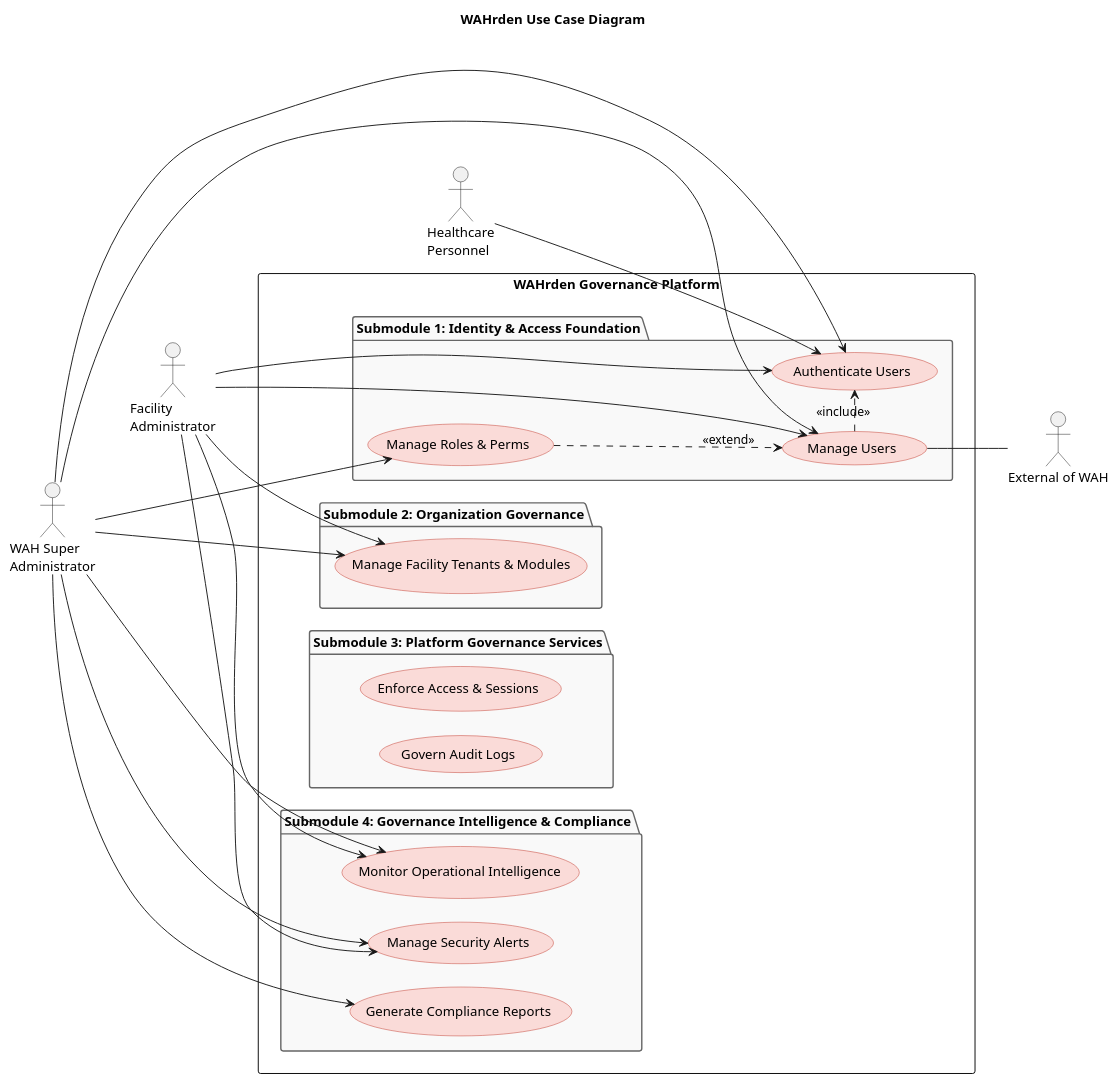
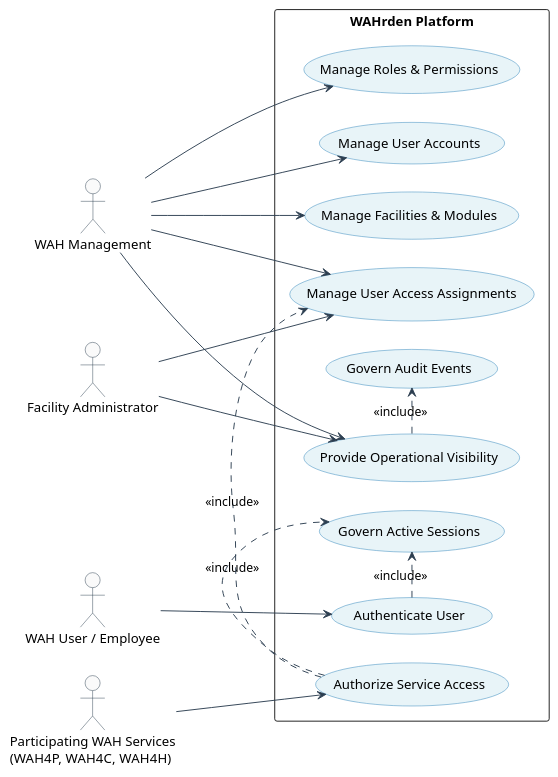
Before and after one commit to APC-SoCIT/APC-2026-2027-T1-SF241-G05-WAH4Security: the diagram in WAH4Security_UCD.puml, drawn with PlantUML. The commit also changed other lines of this file, not shown here.

Commit message:
Refactor use case diagram with updated styling

```diff
--- a/WAH4Security_UCD.puml
+++ b/WAH4Security_UCD.puml
@@ -1,101 +2,71 @@
 @startuml
 left to right direction
-
+skinparam packageStyle rectangle
 skinparam shadowing false
-skinparam ranksep 35
-skinparam nodesep 25
+skinparam ranksep 60
+skinparam nodesep 30
 
 skinparam usecase {
-    BackgroundColor #FADBD8
-    BorderColor #C0392B
-    FontColor Black
+    BackgroundColor #E8F4F8
+    BorderColor #2980B9
+    ArrowColor #2C3E50
 }
 
-skinparam package {
-    BackgroundColor #F9F9F9
-    BorderColor #666666
-    FontColor Black
+skinparam actor {
+    BorderColor #2C3E50
+    BackgroundColor #FAFAFA
 }
 
-skinparam rectangle {
-    BackgroundColor White
-    BorderColor Black
+' Human / Primary Actors on the left
+actor "WAH Management" as WM
+actor "Facility Administrator" as FA
+actor "WAH User / Employee" as User
+
+' System Boundary
+rectangle "WAHrden Platform" {
+    
+    ' User Authentication & Runtime
+    usecase "Authenticate User" as UC01
+    usecase "Authorize Service Access" as UC06
+    usecase "Govern Active Sessions" as UC07
+    
+    ' Administrative Governance
+    usecase "Manage User Accounts" as UC02
+    usecase "Manage Facilities & Modules" as UC03
+    usecase "Manage Roles & Permissions" as UC04
+    usecase "Manage User Access Assignments" as UC05
+    
+    ' Monitoring & Auditing
+    usecase "Govern Audit Events" as UC08
+    usecase "Provide Operational Visibility" as UC09
 }
 
-title WAHrden Use Case Diagram
+' External Systems on the right
+actor "Participating WAH Services\n(WAH4P, WAH4C, WAH4H)" as Services
 
-'========================
-' Left-side Actors (Properly Aligned Vertically)
-'========================
-actor "WAH Super\nAdministrator" as SA
-actor "Facility\nAdministrator" as FA
-actor "Healthcare\nPersonnel" as HP
+' ================================
+' Direct Actor Associations
+' ================================
+User --> UC01
 
-' Explicitly forces vertical alignment from top to bottom on the left
-SA -[hidden]down- FA
-FA -[hidden]down- HP
+WM --> UC02
+WM --> UC03
+WM --> UC04
+WM --> UC05
+WM --> UC09
 
-'========================
-' System Boundary with Submodules
-'========================
-rectangle "WAHrden Governance Platform" {
-
-    package "Submodule 1: Identity & Access Foundation" {
-        usecase "Authenticate Users" as UC01
-        usecase "Manage Users" as UC02
-        usecase "Manage Roles & Perms" as UC03
-        
-        ' Layout structure matching your sketch:
-        ' Manage Roles <---extend---> Manage Users
-        ' Authenticated Users stacked vertically below Manage Users
-        UC03 ..> UC02 : <<extend>>
-        UC02 .right.> UC01 : <<include>>
-        
-        ' Invisible layout constraint to stack Authenticate Users directly below Manage Users
-        UC02 -[hidden]right- UC01
-    }
-
-    package "Submodule 2: Organization Governance" {
-        usecase "Manage Facility Tenants & Modules" as UC04
-    }
-
-    package "Submodule 3: Platform Governance Services" {
-        usecase "Enforce Access & Sessions" as UC05
-        usecase "Govern Audit Logs" as UC06
-    }
-
-    package "Submodule 4: Governance Intelligence & Compliance" {
-        usecase "Monitor Operational Intelligence" as UC07
-        usecase "Generate Compliance Reports" as UC08
-        usecase "Manage Security Alerts" as UC09
-    }
-}
-
-'========================
-' Right-side Actors (External to WAH)
-'========================
-actor "External of WAH" as ExtWAH
-
-'========================
-' Connections
-'========================
-SA --> UC01
-SA --> UC02
-SA --> UC03
-SA --> UC04
-SA --> UC07
-SA --> UC08
-SA --> UC09
-
-FA --> UC01
-FA --> UC02
-FA --> UC04
-FA --> UC07
+FA --> UC05
 FA --> UC09
 
-HP --> UC01
+Services --> UC06
 
-' Connects Manage Users horizontally to the External Actor on the right
-UC02 -- ExtWAH
+' ================================
+' Standard Use Case Relationships
+' ================================
+UC01 .> UC07 : <<include>>
+UC06 .> UC07 : <<include>>
+UC06 .> UC05 : <<include>>
+
+UC09 .> UC08 : <<include>>
 
 @enduml
```
